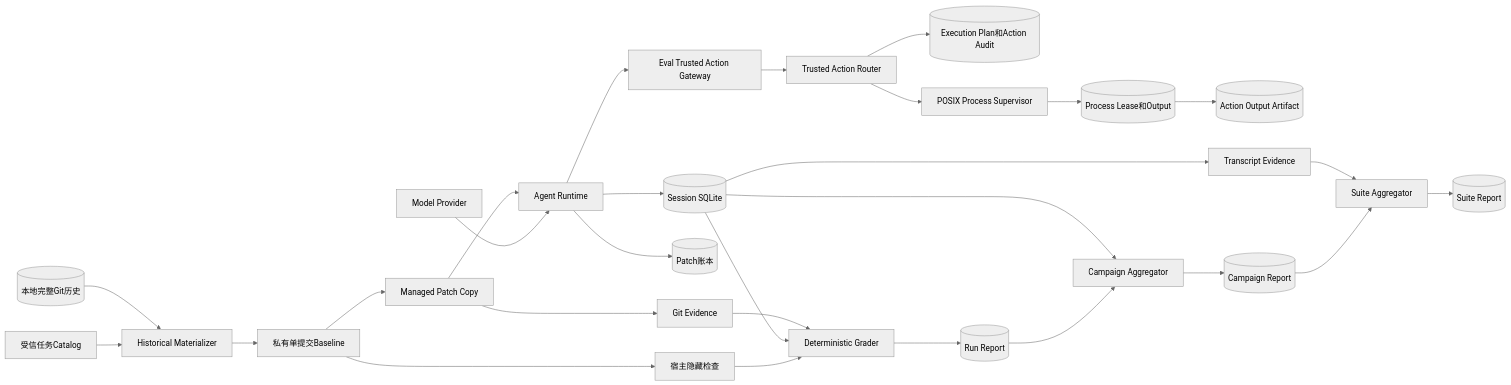
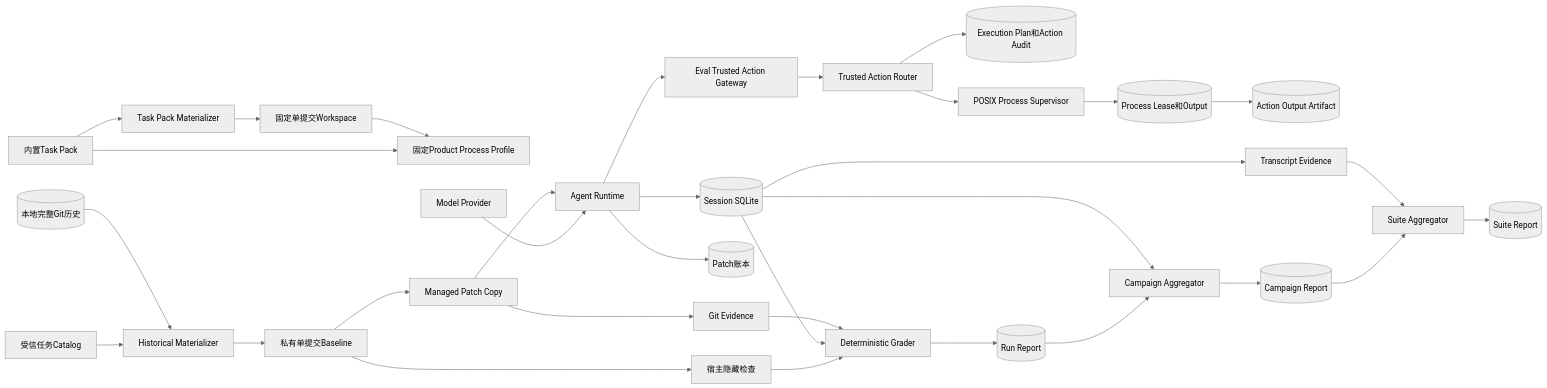
The first of 18 diagrams in docs/modules/evals.md (carrie1988/Harnessix), drawn with Mermaid (neutral theme) before and after one commit. The commit also changed other lines of this file and 28 other files, not shown here.

Commit message:
feat: 建立不可变 Coding Eval Task Pack

````diff
--- a/docs/modules/evals.md
+++ b/docs/modules/evals.md
@@ -164,30 +178,34 @@
 ```mermaid
 flowchart LR
     Catalog[受信任务Catalog] --> Materializer[Historical Materializer]
+    TaskPack[内置Task Pack] --> PackMaterializer[Task Pack Materializer]
+    PackMaterializer --> PackWorkspace[固定单提交Workspace]
+    TaskPack --> FixedProfile[固定Product Process Profile]
+    PackWorkspace --> FixedProfile
     Source[(本地完整Git历史)] --> Materializer
     Materializer --> Baseline[私有单提交Baseline]
     Baseline --> Checks[宿主隐藏检查]
     Baseline --> Copy[Managed Patch Copy]
     Provider[Model Provider] --> Runtime[Agent Runtime]
     Copy --> Runtime
     Runtime --> Session[(Session SQLite)]
     Runtime --> Patch[(Patch账本)]
     Runtime --> Gateway[Eval Trusted Action Gateway]
     Gateway --> Router[Trusted Action Router]
     Router --> Plan[(Execution Plan和Action Audit)]
     Router --> Owner[POSIX Process Supervisor]
     Owner --> Lease[(Process Lease和Output)]
     Lease --> Artifact[(Action Output Artifact)]
     Checks --> Grader[Deterministic Grader]
     Session --> Grader
     Copy --> GitEvidence[Git Evidence]
     GitEvidence --> Grader
     Grader --> Report[(Run Report)]
     Report --> Campaign[Campaign Aggregator]
     Session --> Campaign
     Campaign --> CampaignReport[(Campaign Report)]
     CampaignReport --> Suite[Suite Aggregator]
     Session --> Transcript[Transcript Evidence]
     Transcript --> Suite
     Suite --> SuiteReport[(Suite Report)]
 ```
````
